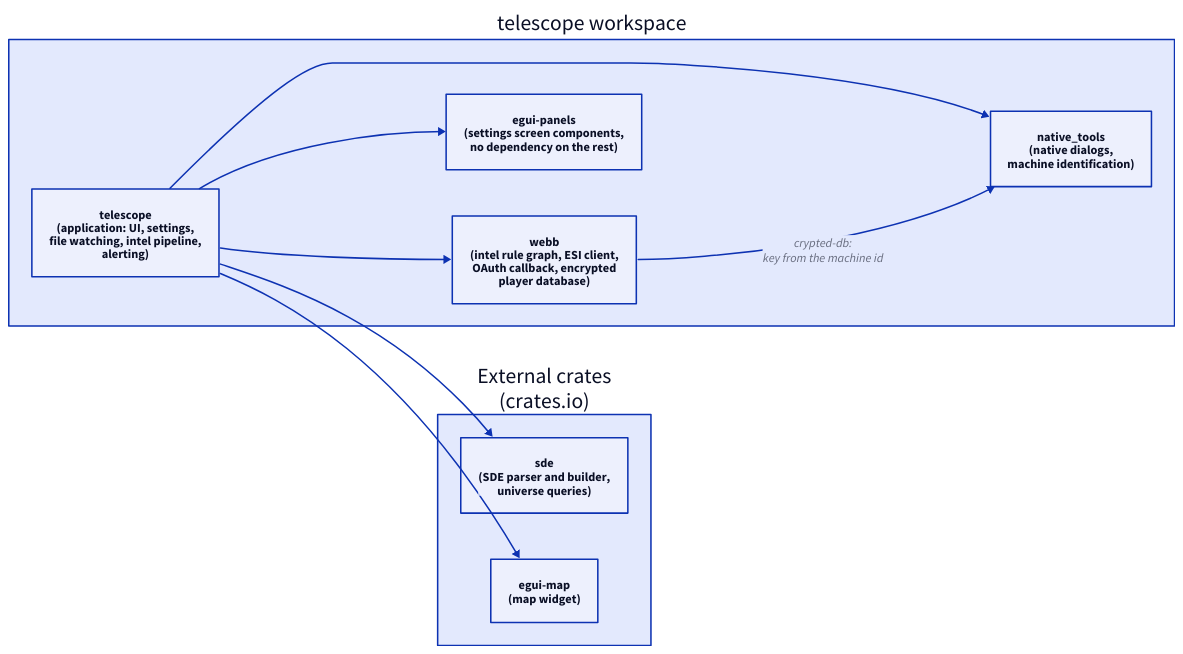
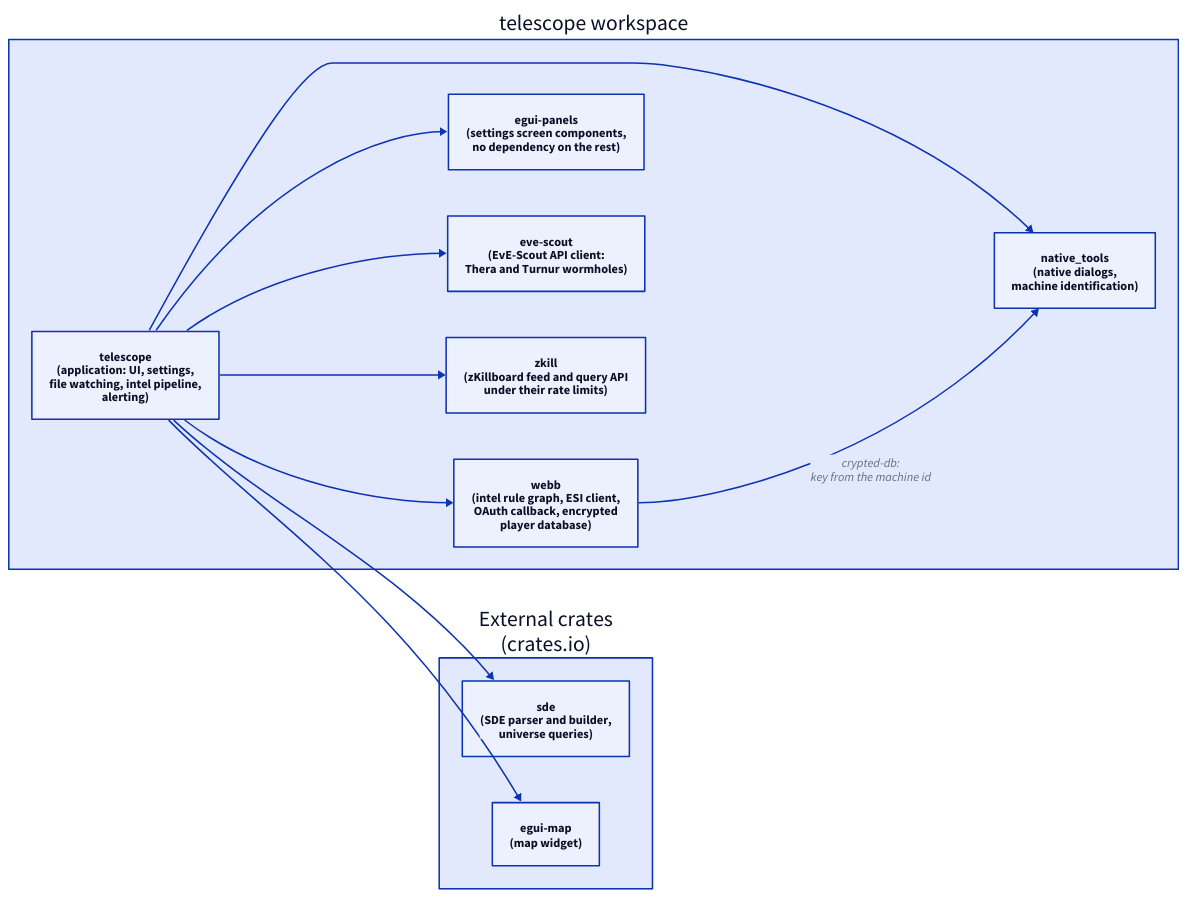
Before and after one commit to rafaga/telescope: the diagram in docs/architecture/crates.d2, drawn with D2. The commit also changed 33 other files, not shown here.

```diff
--- a/docs/architecture/crates.d2
+++ b/docs/architecture/crates.d2
@@ -1,20 +1,24 @@
 direction: right
 
 workspace: "telescope workspace" {
   telescope: "telescope\n(application: UI, settings,\nfile watching, intel pipeline,\nalerting)"
   webb: "webb\n(intel rule graph, ESI client,\nOAuth callback, encrypted\nplayer database)"
   native_tools: "native_tools\n(native dialogs,\nmachine identification)"
   egui-panels: "egui-panels\n(settings screen components,\nno dependency on the rest)"
+  eve-scout: "eve-scout\n(EvE-Scout API client:\nThera and Turnur wormholes)"
+  zkill: "zkill\n(zKillboard feed and query API\nunder their rate limits)"
 }
 
 siblings: "External crates\n(crates.io)" {
   sde: "sde\n(SDE parser and builder,\nuniverse queries)"
   egui-map: "egui-map\n(map widget)"
 }
 
 workspace.telescope -> workspace.webb
 workspace.telescope -> workspace.native_tools
 workspace.telescope -> workspace.egui-panels
+workspace.telescope -> workspace.eve-scout
+workspace.telescope -> workspace.zkill
 workspace.webb -> workspace.native_tools: "crypted-db:\nkey from the machine id"
 workspace.telescope -> siblings.sde
 workspace.telescope -> siblings.egui-map
```
